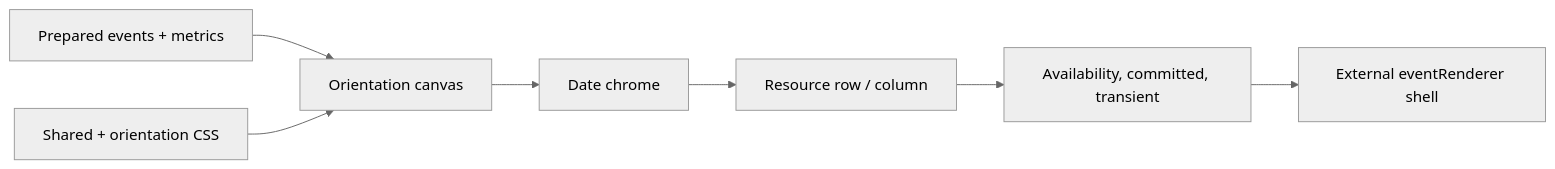
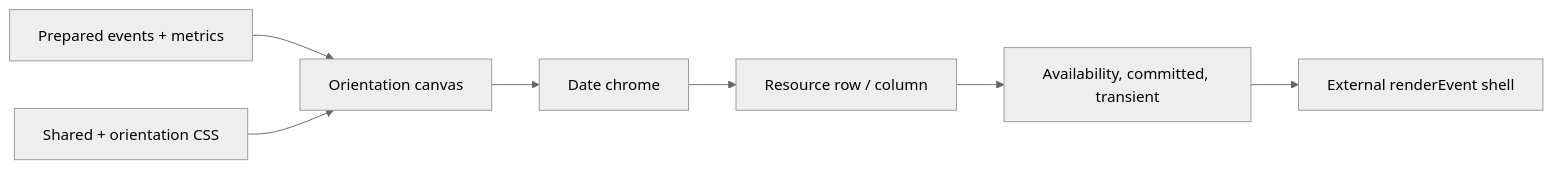
Before and after one commit to junomedical/quno-calendar: the diagram in docs/infinite-calendar/domains/rendering.md, drawn with Mermaid (neutral theme). The commit also changed other lines of this file and 260 other files, not shown here.

````diff
--- a/docs/infinite-calendar/domains/rendering.md
+++ b/docs/infinite-calendar/domains/rendering.md
@@ -7,9 +7,9 @@
 ```mermaid
 flowchart LR
   Prepared["Prepared events + metrics"] --> Canvas["Orientation canvas"]
   Canvas --> Day["Date chrome"]
   Day --> Resource["Resource row / column"]
   Resource --> Layers["Availability, committed, transient"]
-  Layers --> Shell["External eventRenderer shell"]
+  Layers --> Shell["External renderEvent shell"]
   Styles["Shared + orientation CSS"] --> Canvas
 ```
````
